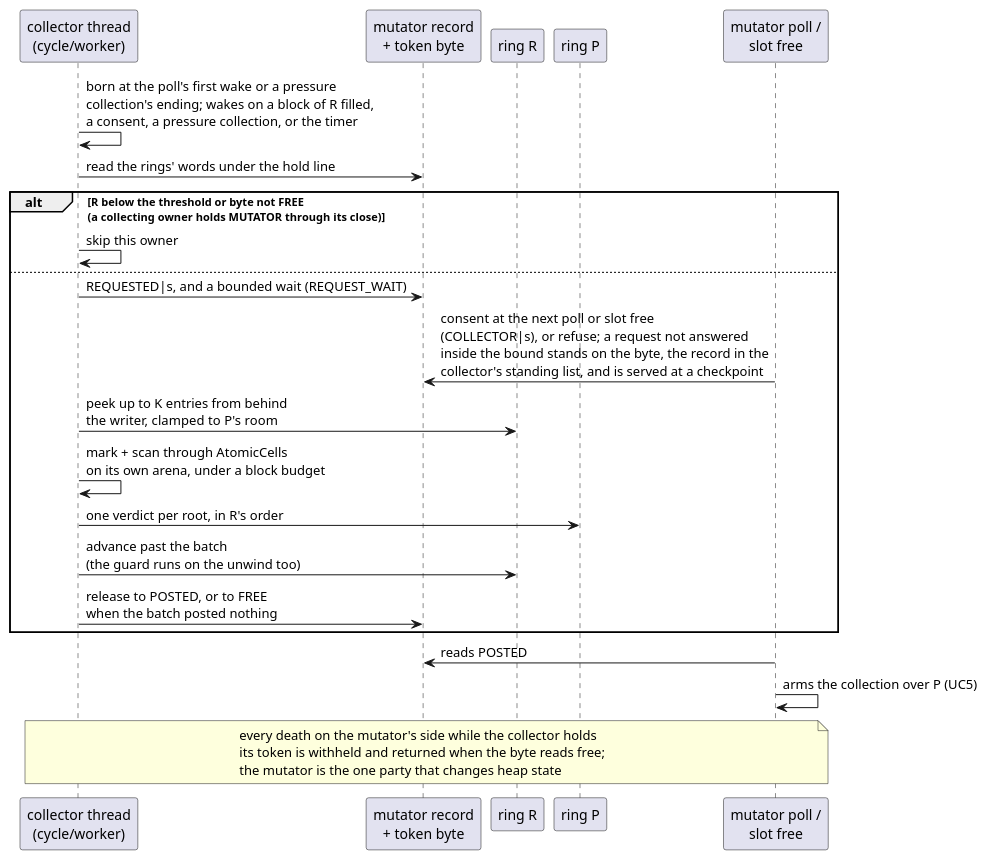
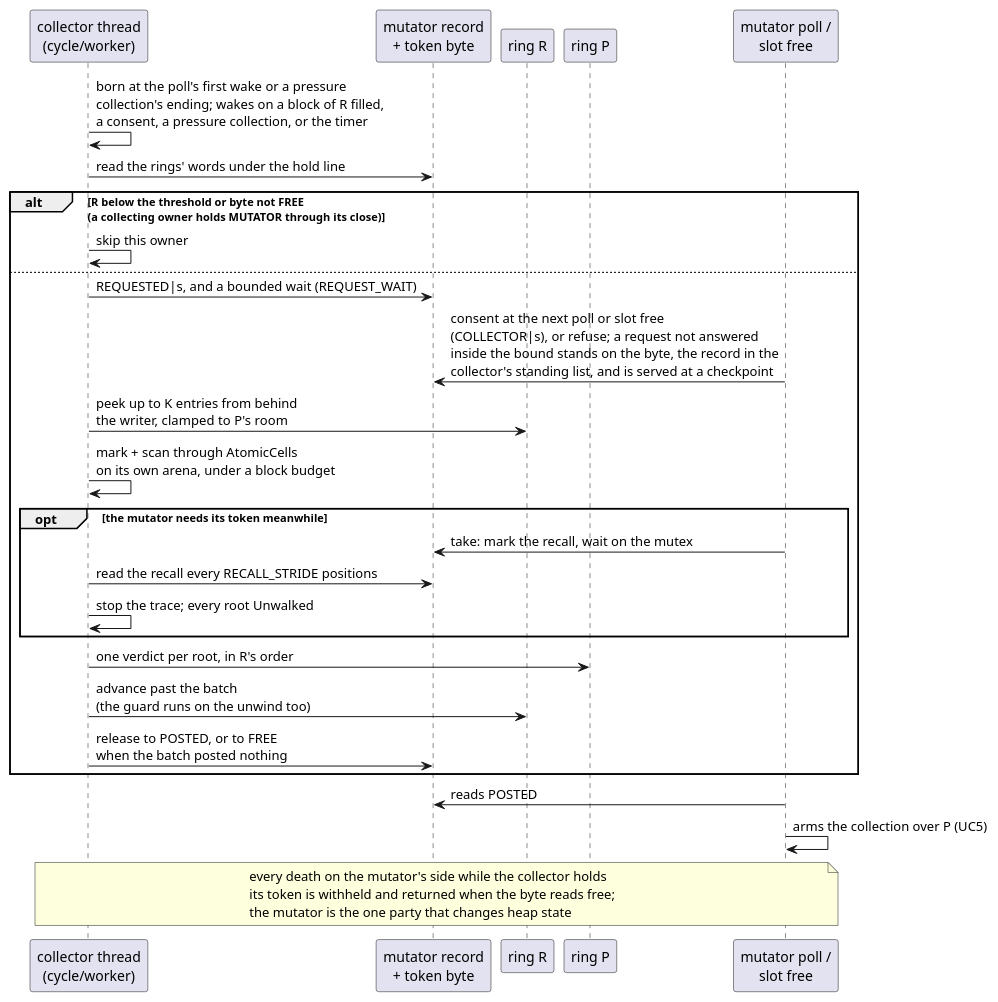
One commit to limelight-lang/model changed the eighth of 8 diagrams in docs/architecture.md. Above: the diagram before and after it, drawn with PlantUML. The commit also changed 19 other files, not shown here.

First line of the commit message:
cycle: a recalled token stops the collector's trace within a stride

````diff
--- a/docs/architecture.md
+++ b/docs/architecture.md
@@ -456,27 +456,32 @@
 ```plantuml
 @startuml
 skinparam shadowing false
 participant "collector thread\n(cycle/worker)" as worker
 participant "mutator record\n+ token byte" as token
 participant "ring R" as R
 participant "ring P" as P
 participant "mutator poll /\nslot free" as mutator
 
 worker -> worker : born at the poll's first wake or a pressure\ncollection's ending; wakes on a block of R filled,\na consent, a pressure collection, or the timer
 worker -> token : read the rings' words under the hold line
 alt R below the threshold or byte not FREE\n(a collecting owner holds MUTATOR through its close)
   worker -> worker : skip this owner
 else
   worker -> token : REQUESTED|s, and a bounded wait (REQUEST_WAIT)
   mutator -> token : consent at the next poll or slot free\n(COLLECTOR|s), or refuse; a request not answered\ninside the bound stands on the byte, the record in the\ncollector's standing list, and is served at a checkpoint
   worker -> R : peek up to K entries from behind\nthe writer, clamped to P's room
   worker -> worker : mark + scan through AtomicCells\non its own arena, under a block budget
+  opt the mutator needs its token meanwhile
+    mutator -> token : take: mark the recall, wait on the mutex
+    worker -> token : read the recall every RECALL_STRIDE positions
+    worker -> worker : stop the trace; every root Unwalked
+  end
   worker -> P : one verdict per root, in R's order
   worker -> R : advance past the batch\n(the guard runs on the unwind too)
   worker -> token : release to POSTED, or to FREE\nwhen the batch posted nothing
 end
 mutator -> token : reads POSTED
 mutator -> mutator : arms the collection over P (UC5)
 note over worker, mutator : every death on the mutator's side while the collector holds\nits token is withheld and returned when the byte reads free;\nthe mutator is the one party that changes heap state
 @enduml
 ```
````
